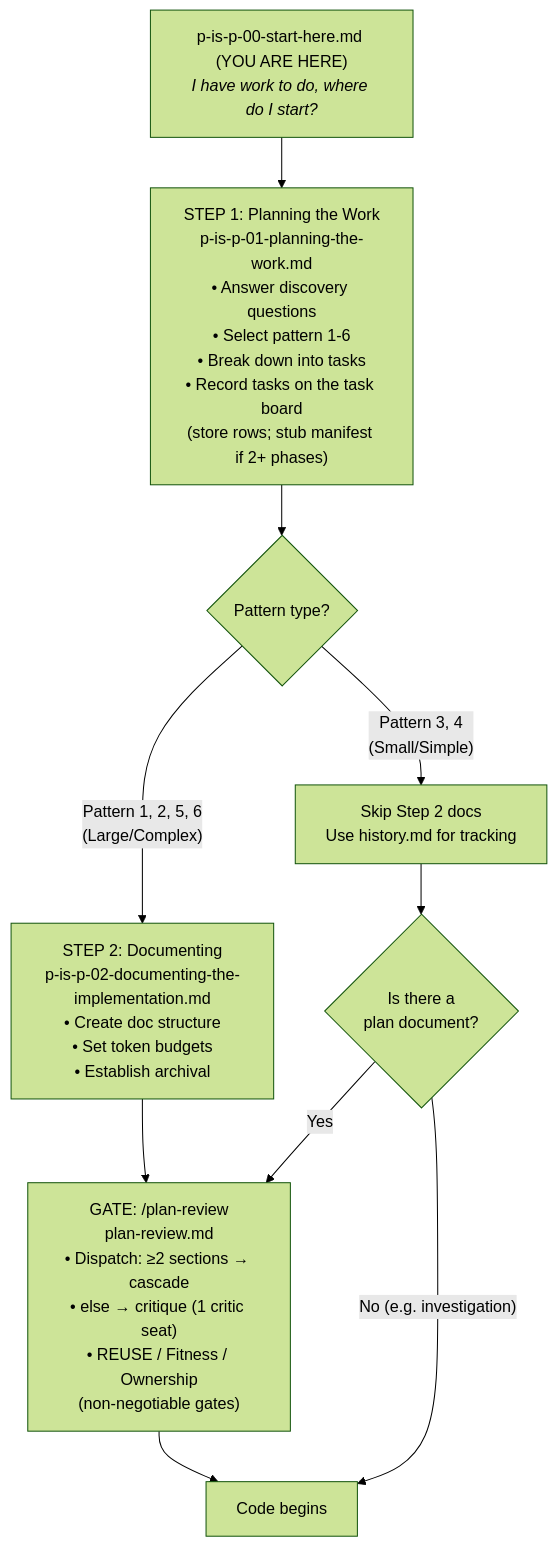
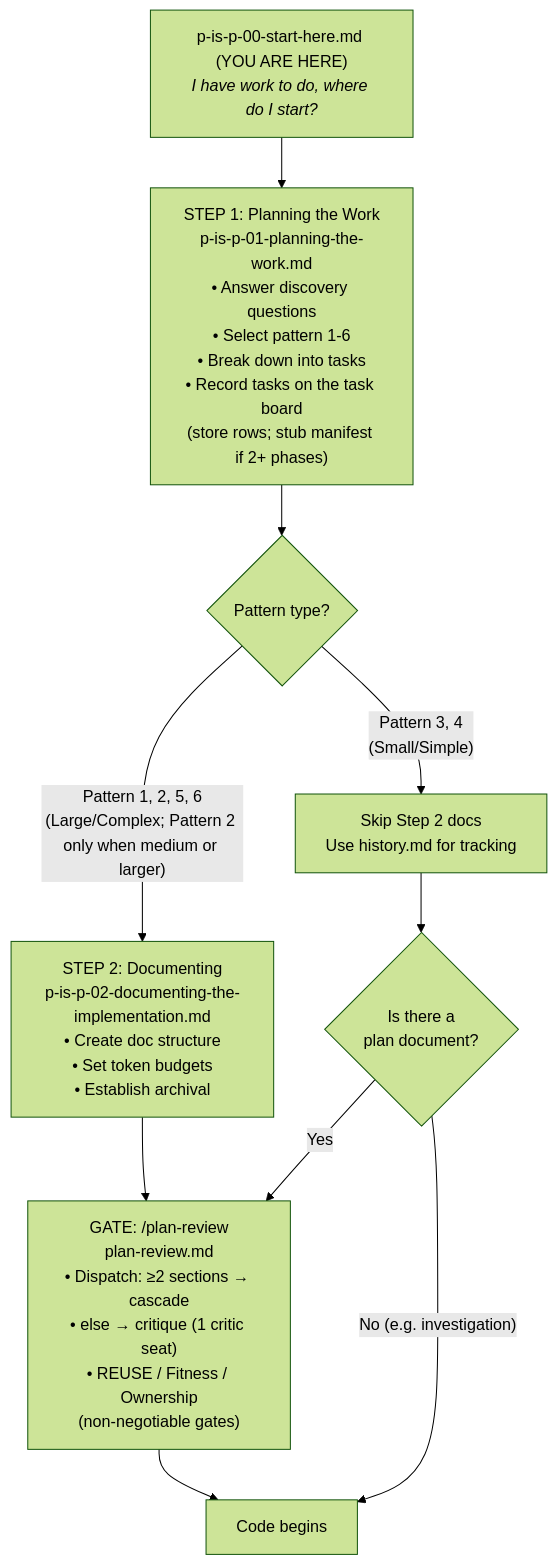
Before and after one commit to deepily/planning-is-prompting: the diagram in workflow/p-is-p-00-start-here.md, drawn with Mermaid (forest theme). The commit also changed other lines of this file, not shown here.

Commit message:
[PLAN] p-is-p-00-start-here: six patterns and the Pattern 2 size condition (row 735e312f, C1, C2)

````diff
--- a/workflow/p-is-p-00-start-here.md
+++ b/workflow/p-is-p-00-start-here.md
@@ -260,15 +260,15 @@
 ```mermaid
 flowchart TD
     Start["p-is-p-00-start-here.md (YOU ARE HERE)<br><i>I have work to do, where do I start?</i>"]
     Step1["STEP 1: Planning the Work<br>p-is-p-01-planning-the-work.md<br>• Answer discovery questions<br>• Select pattern 1-6<br>• Break down into tasks<br>• Record tasks on the task board<br>(store rows; stub manifest if 2+ phases)"]
     Start --> Step1
     Step1 --> Branch{Pattern type?}
-    Branch -->|"Pattern 1, 2, 5, 6<br>(Large/Complex)"| Step2["STEP 2: Documenting<br>p-is-p-02-documenting-the-implementation.md<br>• Create doc structure<br>• Set token budgets<br>• Establish archival"]
+    Branch -->|"Pattern 1, 2, 5, 6<br>(Large/Complex; Pattern 2 only when medium or larger)"| Step2["STEP 2: Documenting<br>p-is-p-02-documenting-the-implementation.md<br>• Create doc structure<br>• Set token budgets<br>• Establish archival"]
     Branch -->|"Pattern 3, 4<br>(Small/Simple)"| Skip["Skip Step 2 docs<br>Use history.md for tracking"]
     Review["GATE: /plan-review<br>plan-review.md<br>• Dispatch: ≥2 sections → cascade<br>• else → critique (1 critic seat)<br>• REUSE / Fitness / Ownership<br>(non-negotiable gates)"]
     Step2 --> Review
     Skip --> HasDoc{Is there a<br>plan document?}
     HasDoc -->|Yes| Review
     HasDoc -->|"No (e.g. investigation)"| Code
     Review --> Code["Code begins"]
 ```
````
